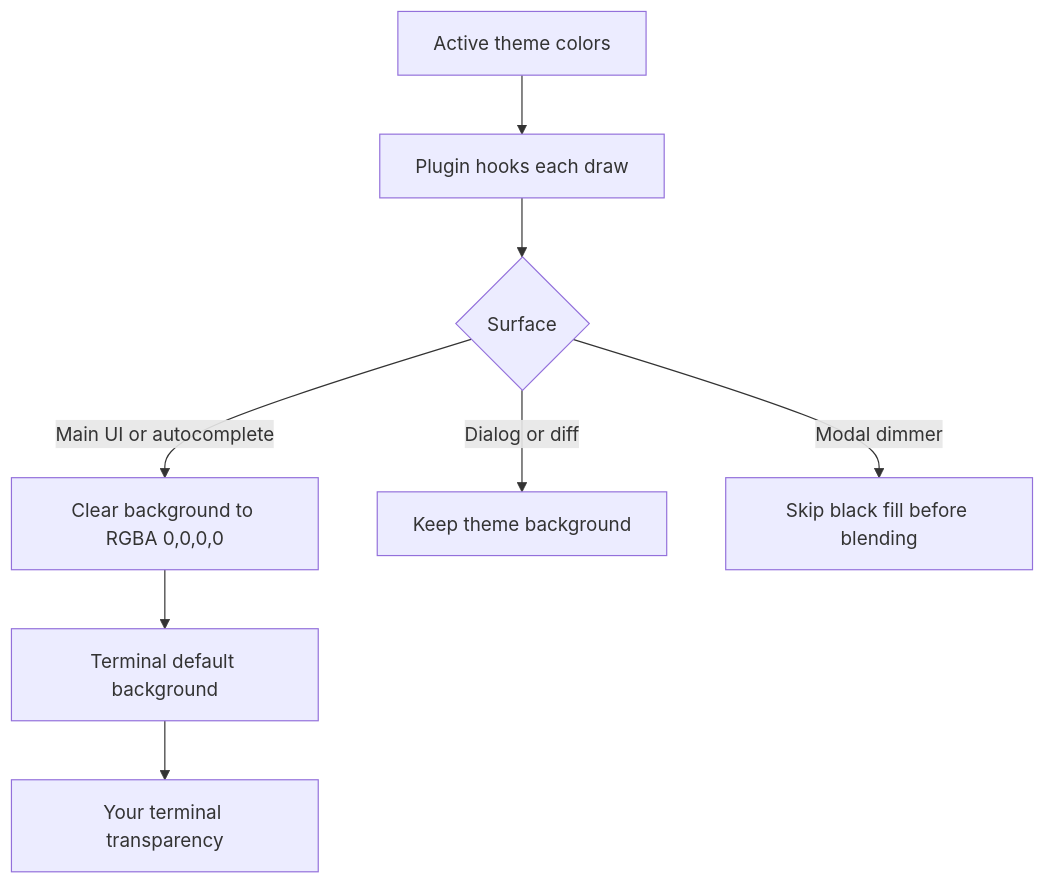
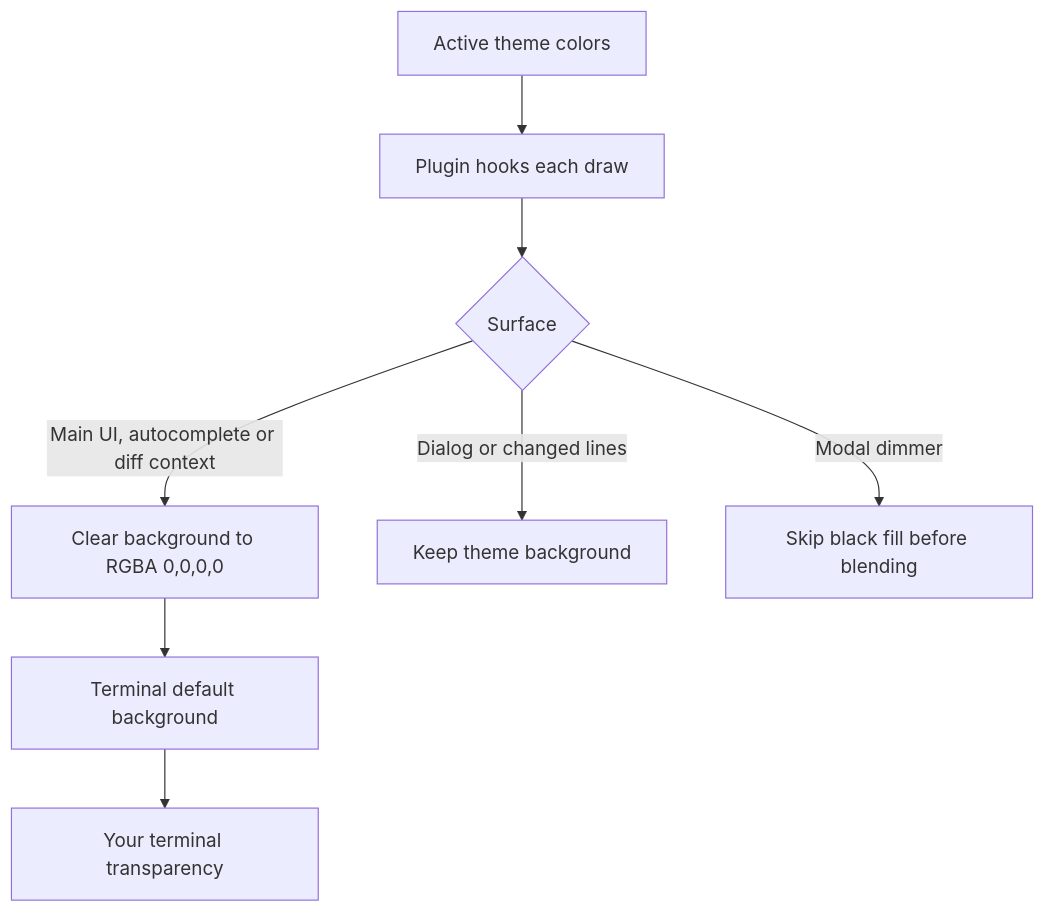
Before and after one commit to noonomyen/opencode-transparent-bg: the diagram in README.md, drawn with Mermaid. The commit also changed other lines of this file and 1 other file, not shown here.

Commit message:
fix: clear diff context backgrounds while preserving highlights

````diff
--- a/README.md
+++ b/README.md
@@ -19,10 +19,10 @@
 ```mermaid
 flowchart TD
   A[Active theme colors] --> B[Plugin hooks each draw]
   B --> C{Surface}
-  C -->|Main UI or autocomplete| D[Clear background to RGBA 0,0,0,0]
+  C -->|Main UI, autocomplete or diff context| D[Clear background to RGBA 0,0,0,0]
   D --> E[Terminal default background]
   E --> F[Your terminal transparency]
-  C -->|Dialog or diff| G[Keep theme background]
+  C -->|Dialog or changed lines| G[Keep theme background]
   C -->|Modal dimmer| H[Skip black fill before blending]
 ```
````
